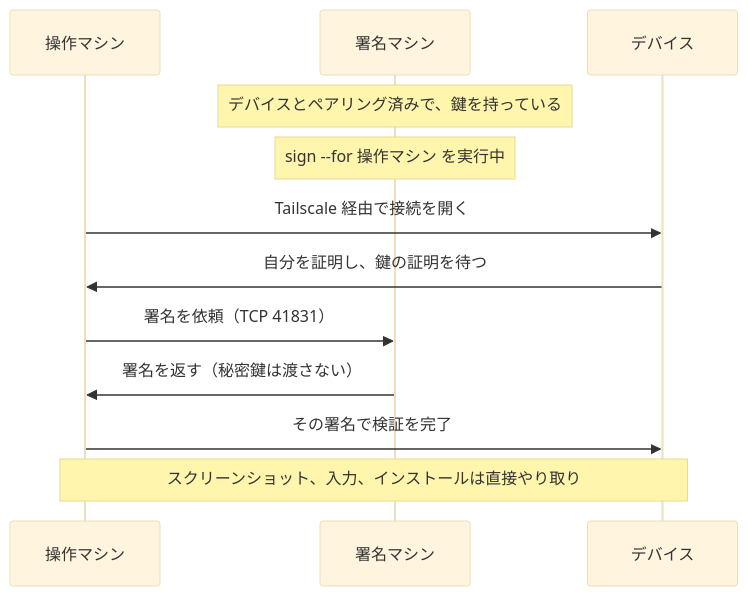
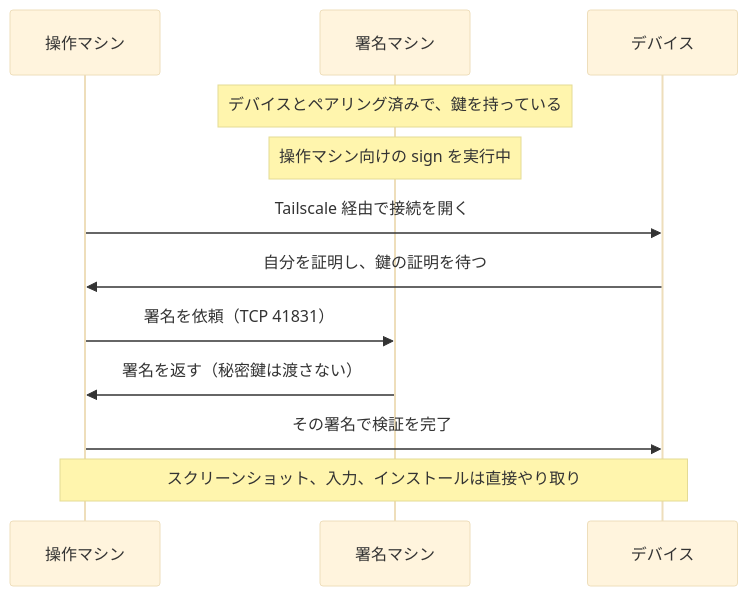
Before and after one commit to mh-mobile/RoamRun: the third of 3 diagrams in Rust/roamrunctl/README.ja.md, drawn with Mermaid (base theme). The commit also changed other lines of this file and 3 other files, not shown here.

````diff
--- a/Rust/roamrunctl/README.ja.md
+++ b/Rust/roamrunctl/README.ja.md
@@ -185,14 +192,14 @@
 ```mermaid
 sequenceDiagram
   participant U as 操作マシン
   participant K as 署名マシン
   participant D as デバイス
   Note over K: デバイスとペアリング済みで、鍵を持っている
-  Note over K: sign --for 操作マシン を実行中
+  Note over K: 操作マシン向けの sign を実行中
   U->>D: Tailscale 経由で接続を開く
   D->>U: 自分を証明し、鍵の証明を待つ
   U->>K: 署名を依頼（TCP 41831）
   K->>U: 署名を返す（秘密鍵は渡さない）
   U->>D: その署名で検証を完了
   Note over U,D: スクリーンショット、入力、インストールは直接やり取り
 ```
````
